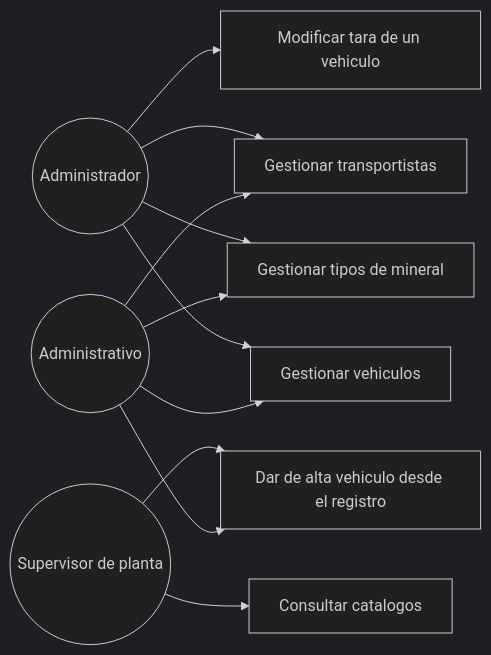
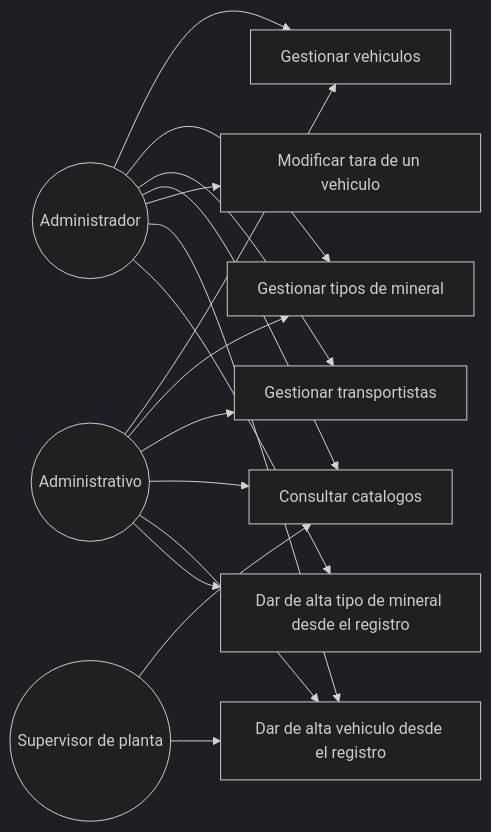
One commit to adlerOmonte1/LogisticaMinera changed the diagram in docs/modulos/M02-catalogo/diagramas/caso_uso.md. Above: the diagram before and after it, drawn with Mermaid (dark theme). The commit also changed other lines of this file and 8 other files, not shown here.

````diff
--- a/docs/modulos/M02-catalogo/diagramas/caso_uso.md
+++ b/docs/modulos/M02-catalogo/diagramas/caso_uso.md
@@ -3,24 +3,30 @@
 ```mermaid
 flowchart LR
     ADM(("Administrador"))
     ADV(("Administrativo"))
     SUP(("Supervisor de planta"))
 
     UC1["Gestionar vehiculos"]
     UC2["Gestionar tipos de mineral"]
     UC3["Gestionar transportistas"]
     UC4["Consultar catalogos"]
     UC5["Modificar tara de un vehiculo"]
     UC6["Dar de alta vehiculo desde el registro"]
+    UC7["Dar de alta tipo de mineral desde el registro"]
 
     ADM --> UC1
     ADM --> UC2
     ADM --> UC3
     ADV --> UC1
     ADV --> UC2
     ADV --> UC3
+    ADM --> UC4
+    ADV --> UC4
     ADM --> UC5
     SUP --> UC4
+    ADM --> UC6
+    ADV --> UC6
     SUP --> UC6
-    ADV --> UC6
+    ADM --> UC7
+    ADV --> UC7
 ```
````
